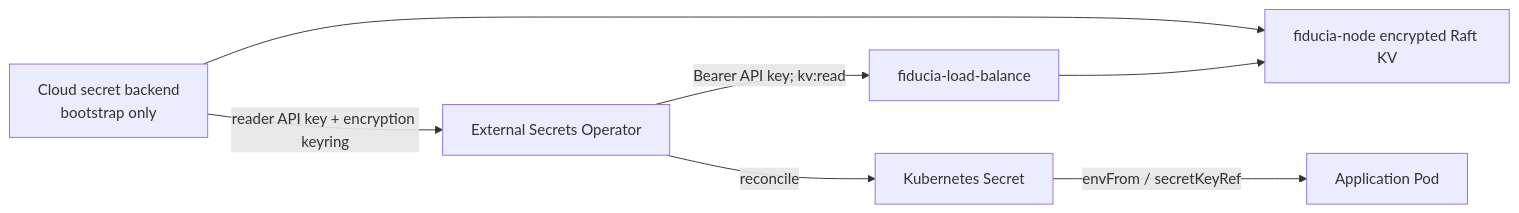
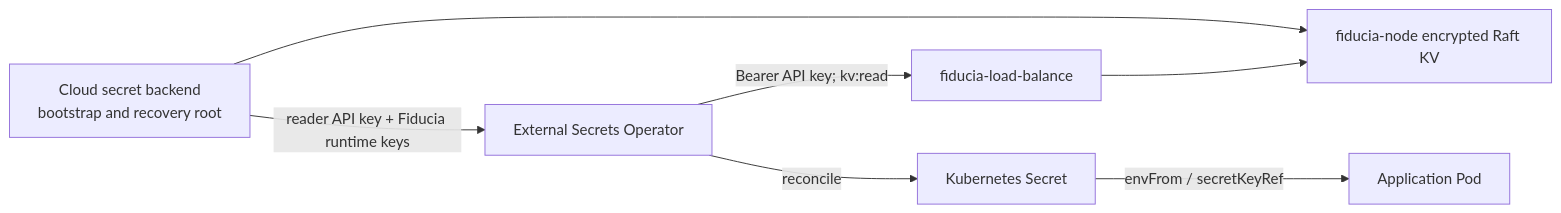
One commit to ORESoftware/k8s-cluster changed the diagram in docs/fiducia-secret-delivery.md. Above: the diagram before and after it, drawn with Mermaid. The commit also changed other lines of this file, not shown here.

Commit message:
docs(fiducia): replace secret delivery runbook with hardened contract

````diff
--- a/docs/fiducia-secret-delivery.md
+++ b/docs/fiducia-secret-delivery.md
@@ -8,9 +8,9 @@
 ```mermaid
 flowchart LR
-  A["Cloud secret backend<br/>bootstrap only"] -->|"reader API key + encryption keyring"| E["External Secrets Operator"]
+  A["Cloud secret backend<br/>bootstrap and recovery root"] -->|"reader API key + Fiducia runtime keys"| E["External Secrets Operator"]
   A --> N["fiducia-node encrypted Raft KV"]
   E -->|"Bearer API key; kv:read"| L["fiducia-load-balance"]
   L --> N
   E -->|"reconcile"| K["Kubernetes Secret"]
   K -->|"envFrom / secretKeyRef"| P["Application Pod"]
 ```
````
